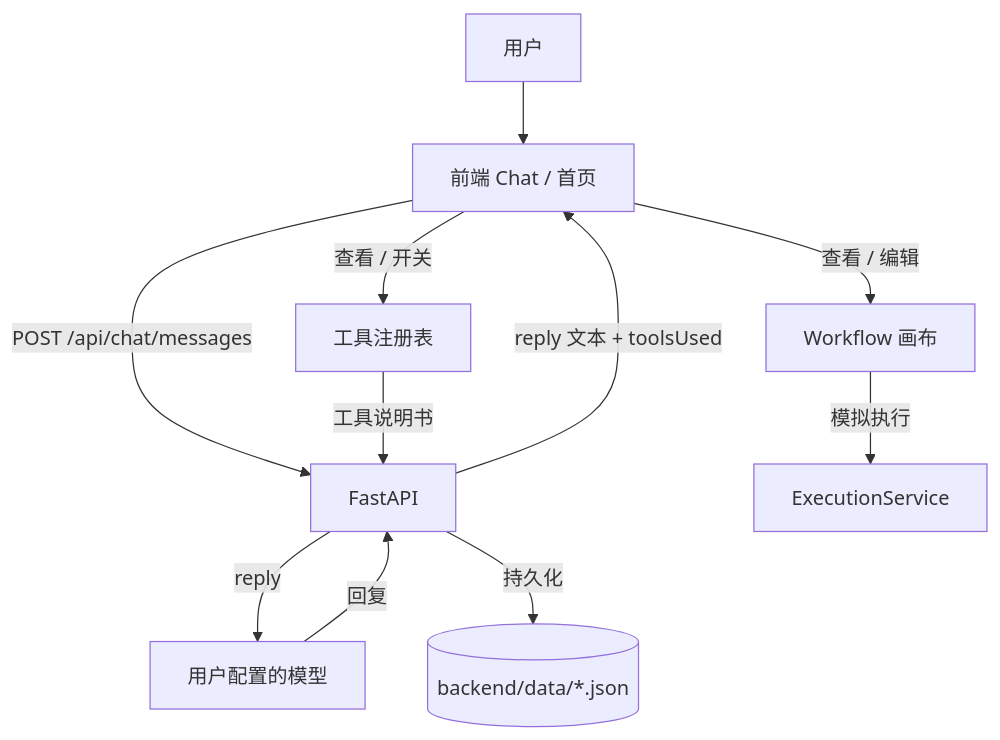
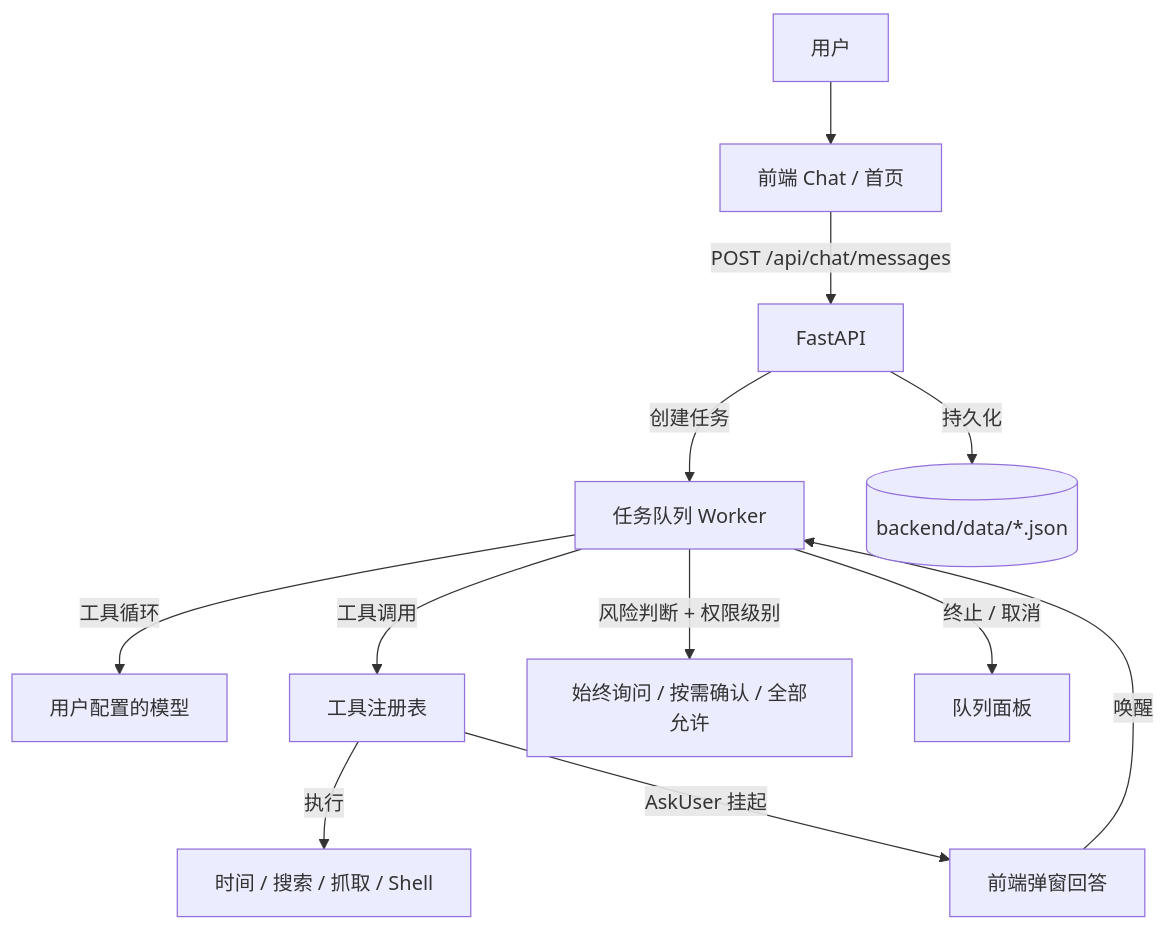
One commit to Wukeeeeee/JIGSAW changed the diagram in README.md. Above: the diagram before and after it, drawn with Mermaid. The commit also changed other lines of this file and 24 other files, not shown here.

````diff
--- a/README.md
+++ b/README.md
@@ -17,13 +26,14 @@
 ```mermaid
 graph TD
     U[用户] --> F[前端 Chat / 首页]
     F -->|POST /api/chat/messages| API[FastAPI]
-    API -->|reply| LLM[用户配置的模型]
-    LLM -->|回复| API
-    API -->|reply 文本 + toolsUsed| F
-    F -->|查看 / 开关| T[工具注册表]
-    T -->|工具说明书| API
-    F -->|查看 / 编辑| W[Workflow 画布]
-    W -->|模拟执行| EX[ExecutionService]
-    API -->|持久化| F1[(backend/data/*.json)]
+    API -->|创建任务| Q[任务队列 Worker]
+    Q -->|工具循环| LLM[用户配置的模型]
+    Q -->|工具调用| T[工具注册表]
+    T -->|执行| S[时间 / 搜索 / 抓取 / Shell]
+    T -->|AskUser 挂起| F2[前端弹窗回答]
+    F2 -->|唤醒| Q
+    Q -->|风险判断 + 权限级别| P[始终询问 / 按需确认 / 全部允许]
+    Q -->|终止 / 取消| F3[队列面板]
+    API -->|持久化| D[(backend/data/*.json)]
 ```
````
